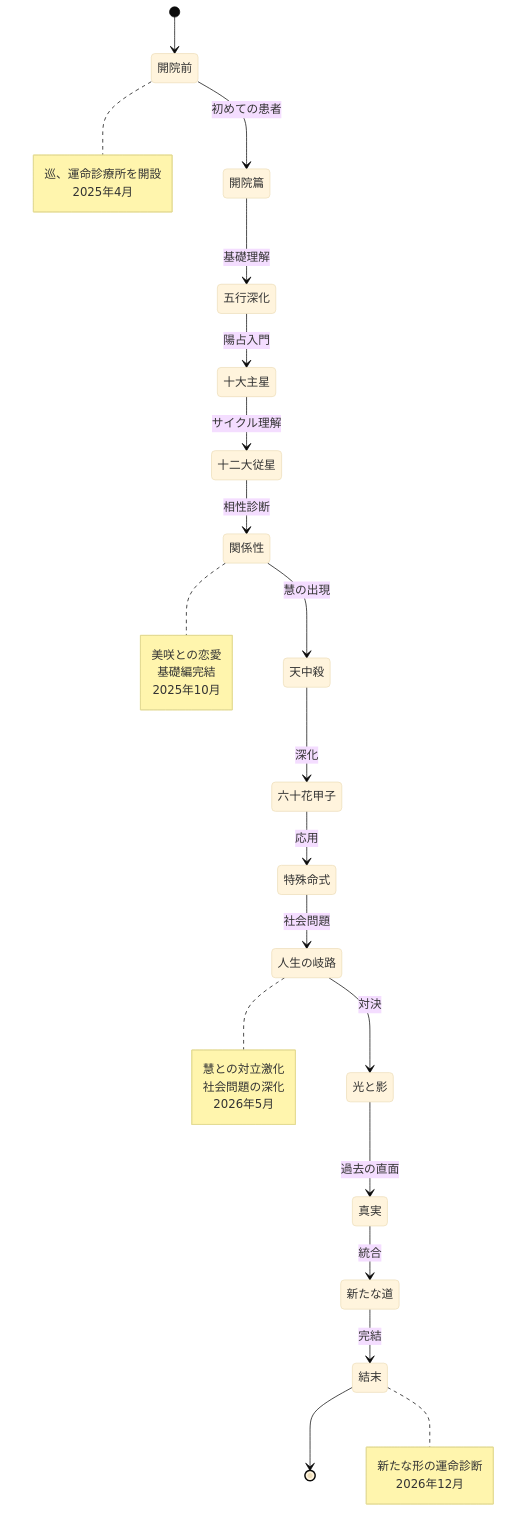
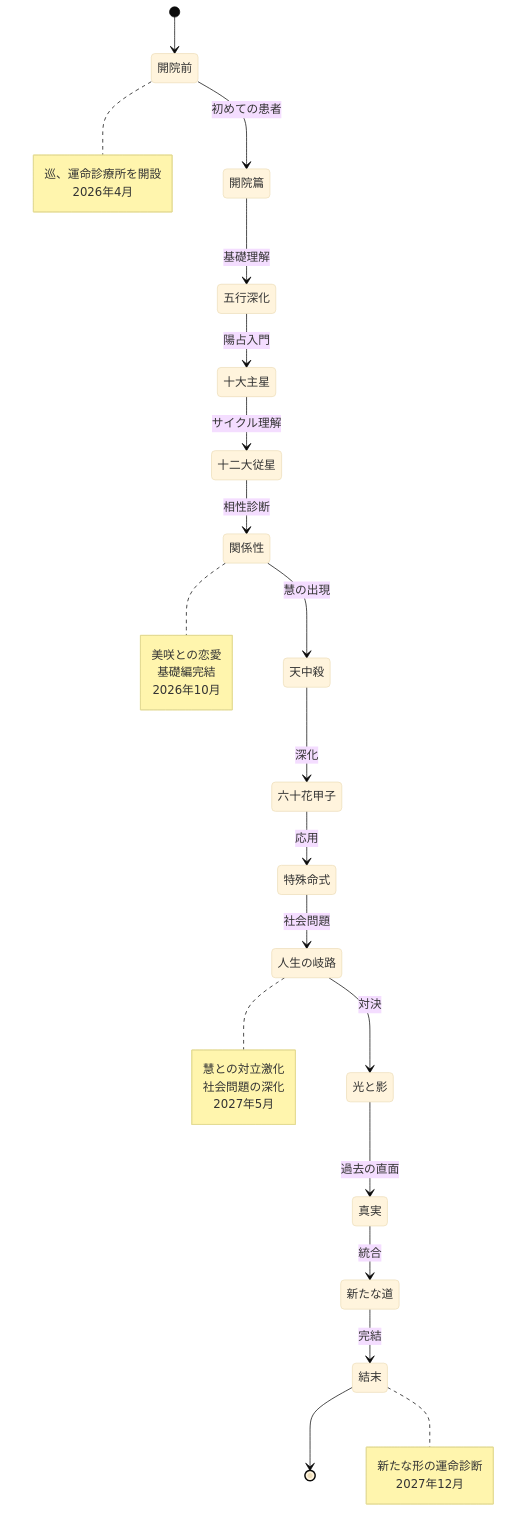
Before and after one commit to tattoo0811/UIanimated-yousen: the third of 4 diagrams in claudedocs/120-EPISODE-DASHBOARD.md, drawn with Mermaid (base theme). The commit also changed other lines of this file and 2 other files, not shown here.

````diff
--- a/claudedocs/120-EPISODE-DASHBOARD.md
+++ b/claudedocs/120-EPISODE-DASHBOARD.md
@@ -347,42 +416,42 @@
 ```mermaid
 stateDiagram-v2
     [*] --> 開院前
     開院前 --> 開院篇: 初めての患者
     開院篇 --> 五行深化: 基礎理解
     五行深化 --> 十大主星: 陽占入門
     十大主星 --> 十二大従星: サイクル理解
     十二大従星 --> 関係性: 相性診断
 
     関係性 --> 天中殺: 慧の出現
     天中殺 --> 六十花甲子: 深化
     六十花甲子 --> 特殊命式: 応用
     特殊命式 --> 人生の岐路: 社会問題
 
     人生の岐路 --> 光と影: 対決
     光と影 --> 真実: 過去の直面
     真実 --> 新たな道: 統合
     新たな道 --> 結末: 完結
     結末 --> [*]
 
     note right of 開院前
         巡、運命診療所を開設
-        2025年4月
+        2026年4月
     end note
 
     note right of 関係性
         美咲との恋愛
         基礎編完結
-        2025年10月
+        2026年10月
     end note
 
     note right of 人生の岐路
         慧との対立激化
         社会問題の深化
-        2026年5月
+        2027年5月
     end note
 
     note right of 結末
         新たな形の運命診断
-        2026年12月
+        2027年12月
     end note
 ```
````
